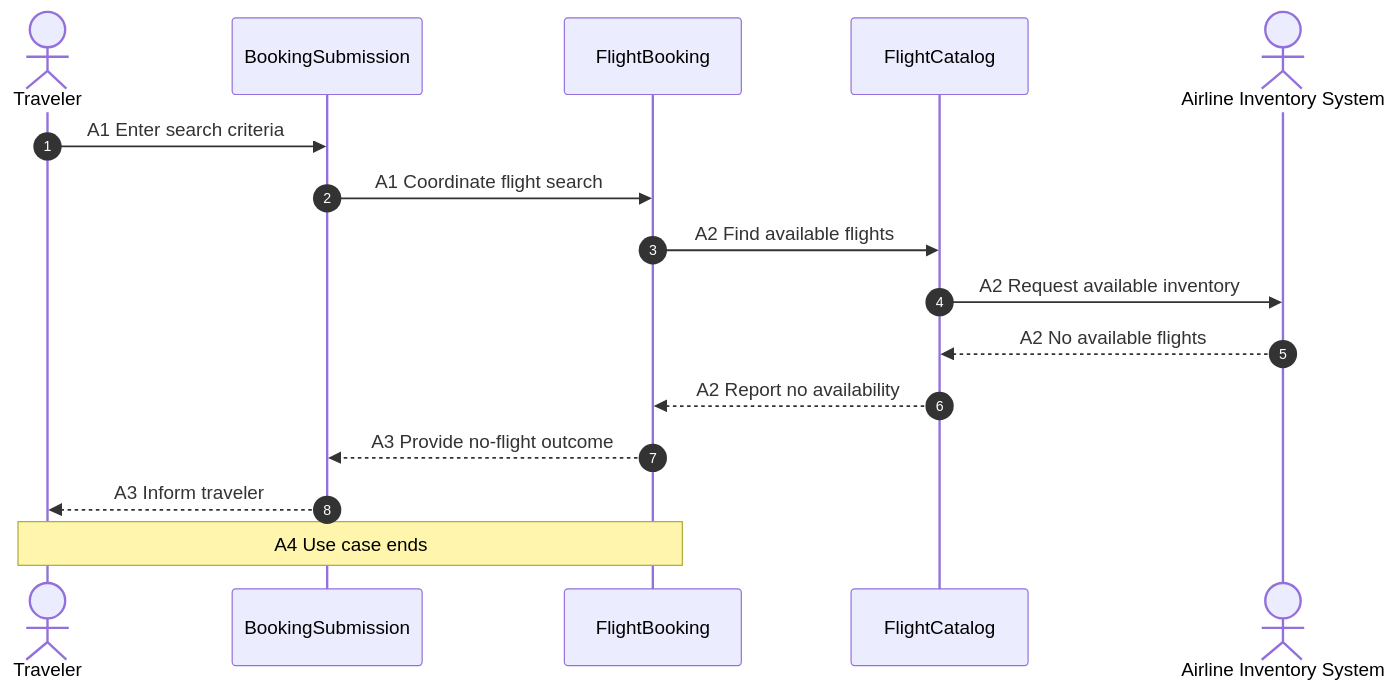
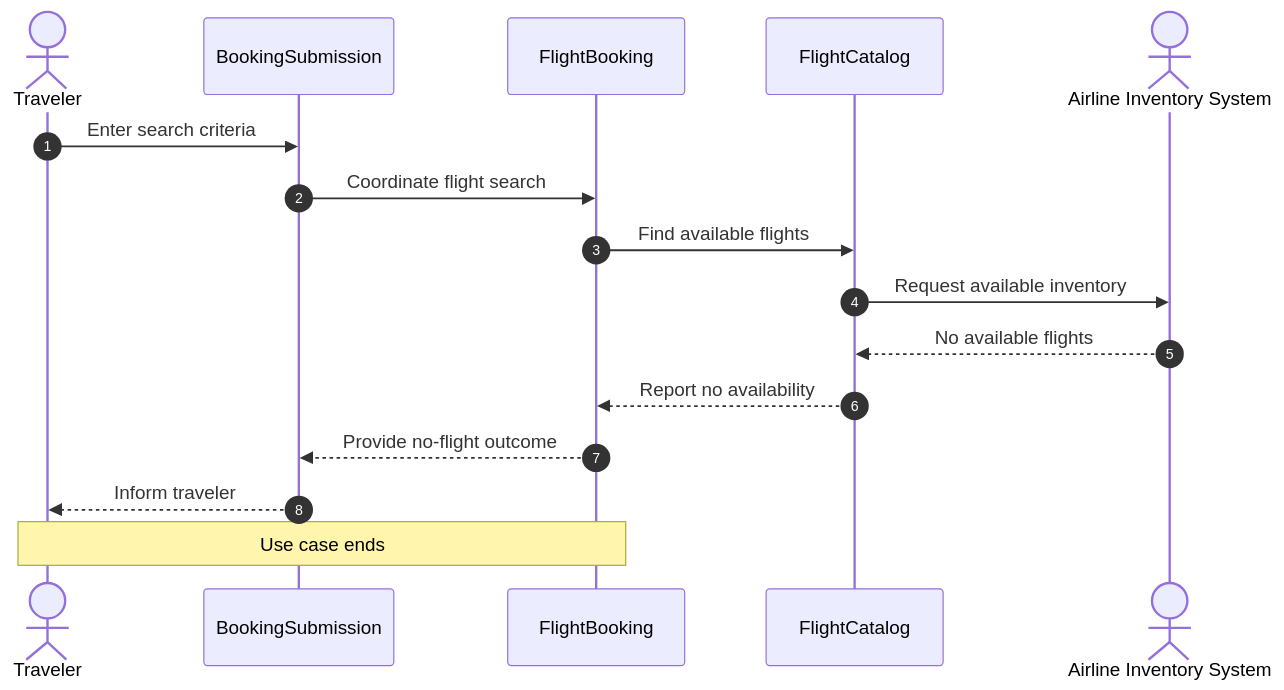
One commit to huang-xiao-jian/bluey changed the third of 4 diagrams in skills/oo-design/references/example.md. Above: the diagram before and after it, drawn with Mermaid. The commit also changed other lines of this file and 3 other files, not shown here.

````diff
--- a/skills/oo-design/references/example.md
+++ b/skills/oo-design/references/example.md
@@ -144,19 +148,19 @@
 ```mermaid
 sequenceDiagram
     autonumber
     actor Traveler
     participant Submission as BookingSubmission
     participant Booking as FlightBooking
     participant Catalog as FlightCatalog
     actor Inventory as Airline Inventory System
 
-    Traveler->>Submission: A1 Enter search criteria
-    Submission->>Booking: A1 Coordinate flight search
-    Booking->>Catalog: A2 Find available flights
-    Catalog->>Inventory: A2 Request available inventory
-    Inventory-->>Catalog: A2 No available flights
-    Catalog-->>Booking: A2 Report no availability
-    Booking-->>Submission: A3 Provide no-flight outcome
-    Submission-->>Traveler: A3 Inform traveler
-    Note over Traveler,Booking: A4 Use case ends
+    Traveler->>Submission: Enter search criteria
+    Submission->>Booking: Coordinate flight search
+    Booking->>Catalog: Find available flights
+    Catalog->>Inventory: Request available inventory
+    Inventory-->>Catalog: No available flights
+    Catalog-->>Booking: Report no availability
+    Booking-->>Submission: Provide no-flight outcome
+    Submission-->>Traveler: Inform traveler
+    Note over Traveler,Booking: Use case ends
 ```
````
